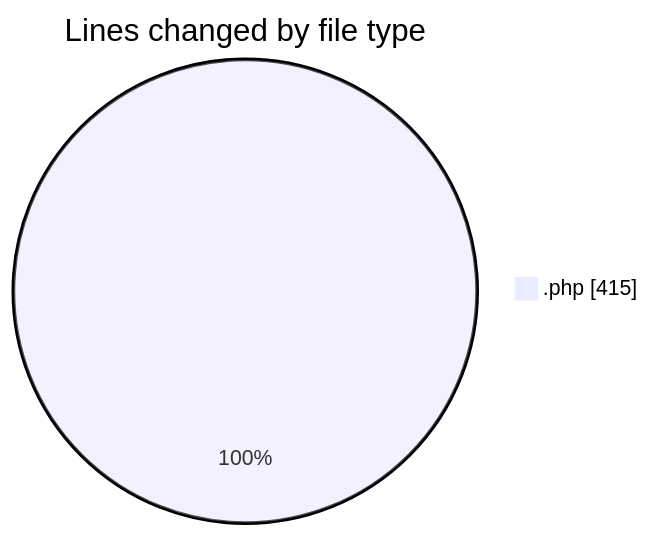
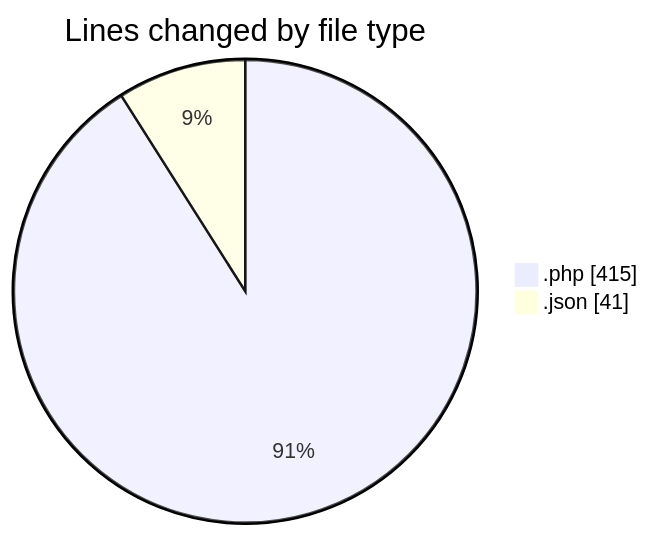
The first of 2 diagrams in 2026-03-03/enviarfacturas/README.md (LanceThiago/code-tracking), drawn with Mermaid before and after one commit. The commit also changed other lines of this file and 1 other file, not shown here.

````diff
--- a/2026-03-03/enviarfacturas/README.md
+++ b/2026-03-03/enviarfacturas/README.md
@@ -20,5 +21,6 @@
 ```mermaid
 pie showData
 title Lines changed by file type
 ".php" : 415
+".json" : 41
 ```
````
